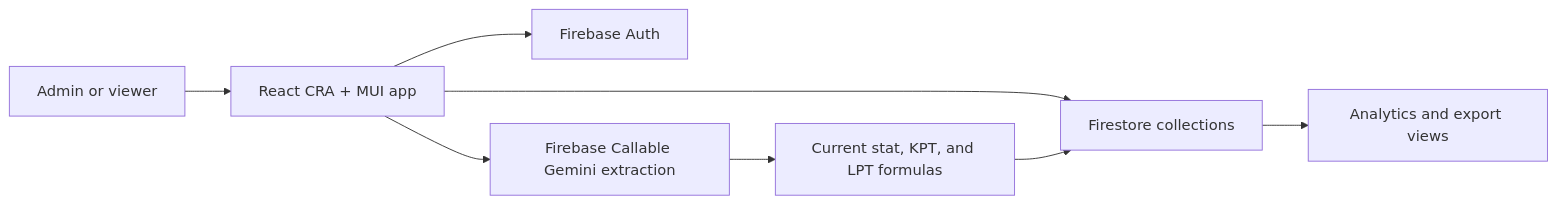
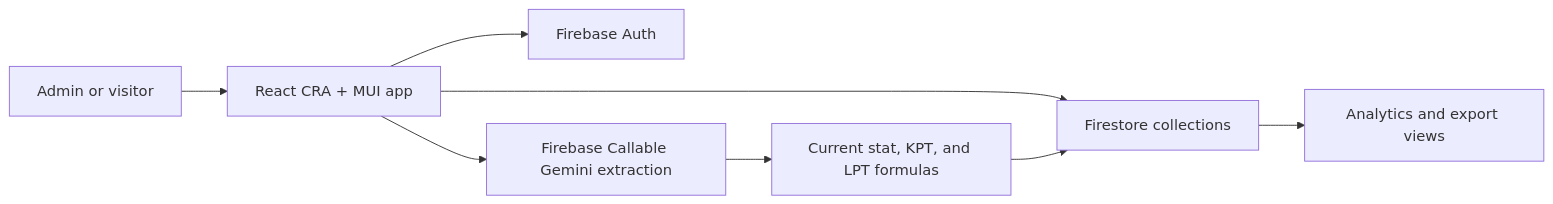
One commit to saumyajn/the-last-land changed the diagram in README.md. Above: the diagram before and after it, drawn with Mermaid. The commit also changed other lines of this file and 28 other files, not shown here.

````diff
--- a/README.md
+++ b/README.md
@@ -31,10 +31,10 @@
 ```mermaid
 flowchart LR
-  User["Admin or viewer"] --> UI["React CRA + MUI app"]
+  User["Admin or visitor"] --> UI["React CRA + MUI app"]
   UI --> Auth["Firebase Auth"]
   UI --> Firestore["Firestore collections"]
   UI --> Extract["Firebase Callable Gemini extraction"]
   Extract --> Calcs["Current stat, KPT, and LPT formulas"]
   Calcs --> Firestore
   Firestore --> Analytics["Analytics and export views"]
 ```
````
